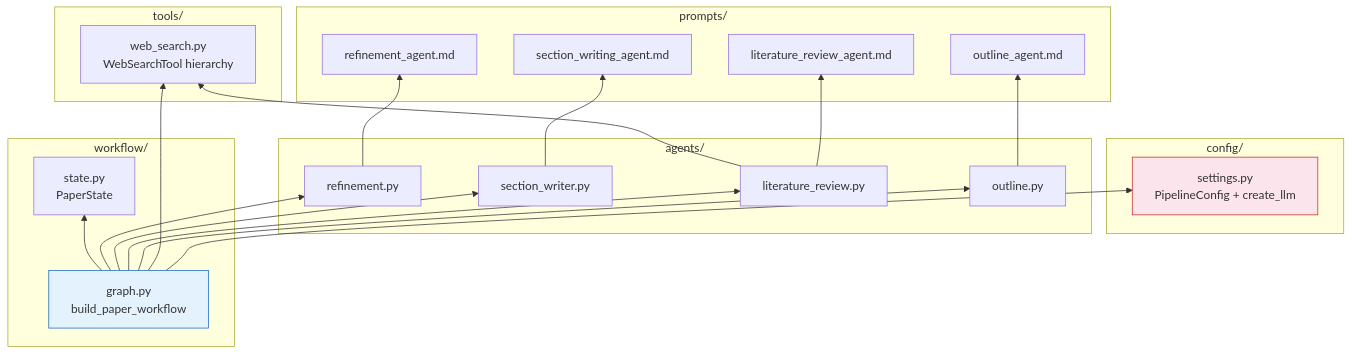
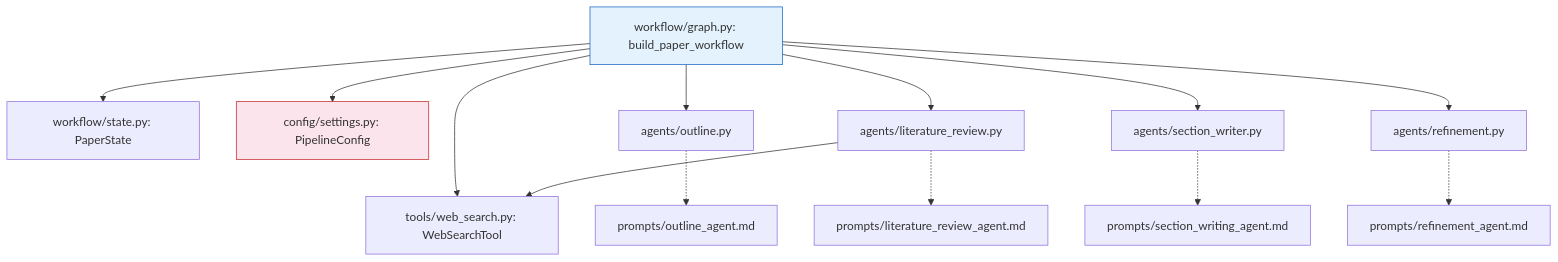
One commit to dimitarpg13/agentic_architectures_and_design_patterns changed the second of 14 diagrams in notebooks/research_paper_creation/docs/research_paper_agentic_workflow_diagrams.md. Above: the diagram before and after it, drawn with Mermaid. The commit also changed other lines of this file, not shown here.

Commit message:
fix mermaid rendering errors in markdown

````diff
--- a/notebooks/research_paper_creation/docs/research_paper_agentic_workflow_diagrams.md
+++ b/notebooks/research_paper_creation/docs/research_paper_agentic_workflow_diagrams.md
@@ -71,46 +68,32 @@
 ```mermaid
-flowchart BT
-    subgraph config_pkg["config/"]
-        settings["settings.py<br/>PipelineConfig + create_llm"]
-    end
-
-    subgraph tools_pkg["tools/"]
-        web_search["web_search.py<br/>WebSearchTool hierarchy"]
-    end
-
-    subgraph prompts_pkg["prompts/"]
-        p1["outline_agent.md"]
-        p2["literature_review_agent.md"]
-        p3["section_writing_agent.md"]
-        p4["refinement_agent.md"]
-    end
-
-    subgraph agents_pkg["agents/"]
-        outline["outline.py"]
-        lit_review["literature_review.py"]
-        section_writer["section_writer.py"]
-        refinement["refinement.py"]
-    end
-
-    subgraph workflow_pkg["workflow/"]
-        wf_state["state.py<br/>PaperState"]
-        wf_graph["graph.py<br/>build_paper_workflow"]
-    end
-
-    outline --> p1
-    lit_review --> p2
-    lit_review --> web_search
-    section_writer --> p3
-    refinement --> p4
+flowchart TD
+    wf_graph["workflow/graph.py: build_paper_workflow"]
+    wf_state["workflow/state.py: PaperState"]
+    settings["config/settings.py: PipelineConfig"]
+    web_search["tools/web_search.py: WebSearchTool"]
+    outline["agents/outline.py"]
+    lit_review["agents/literature_review.py"]
+    section_writer["agents/section_writer.py"]
+    refinement["agents/refinement.py"]
+    p1["prompts/outline_agent.md"]
+    p2["prompts/literature_review_agent.md"]
+    p3["prompts/section_writing_agent.md"]
+    p4["prompts/refinement_agent.md"]
 
     wf_graph --> settings
     wf_graph --> web_search
+    wf_graph --> wf_state
     wf_graph --> outline
     wf_graph --> lit_review
     wf_graph --> section_writer
     wf_graph --> refinement
-    wf_graph --> wf_state
+
+    outline -.-> p1
+    lit_review -.-> p2
+    lit_review --> web_search
+    section_writer -.-> p3
+    refinement -.-> p4
 
     style wf_graph fill:#e3f2fd,stroke:#1565c0
     style settings fill:#fce4ec,stroke:#c62828
 ```
````
